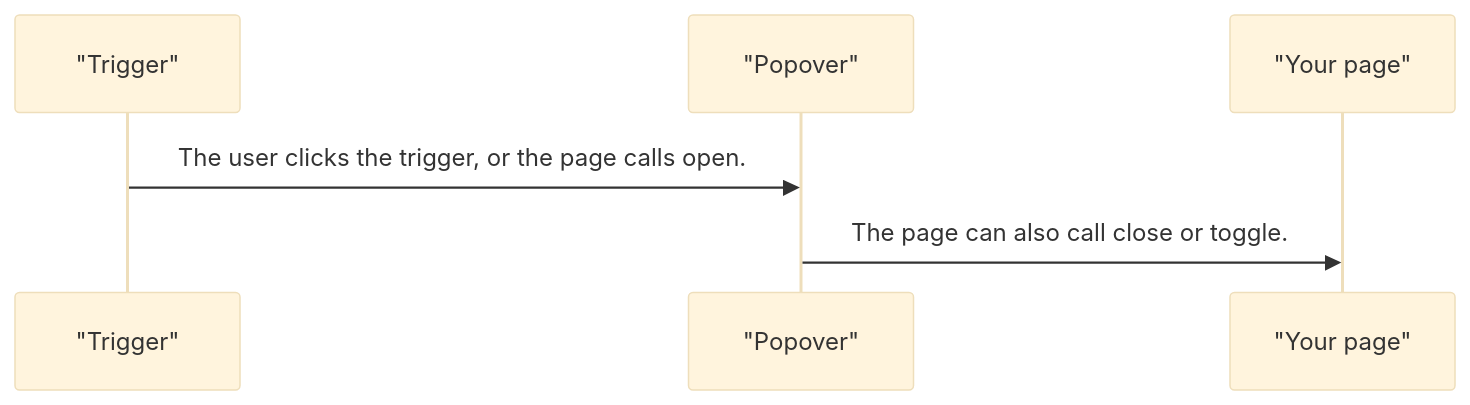
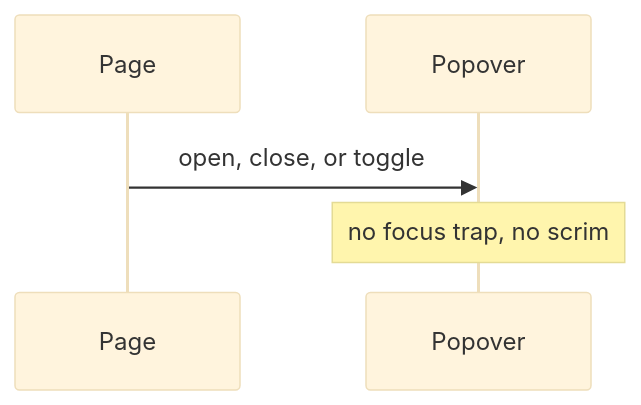
One commit to RajshekharBorate/pixel-ui changed the second of 4 diagrams in projects/pixel-ui/src/lib/pixel-popover/DESIGN.md. Above: the diagram before and after it, drawn with Mermaid (base theme). The commit also changed other lines of this file and 73 other files, not shown here.

Commit message:
Explain who owns each value and what each flow does in every component and service design.

````diff
--- a/projects/pixel-ui/src/lib/pixel-popover/DESIGN.md
+++ b/projects/pixel-ui/src/lib/pixel-popover/DESIGN.md
@@ -52,8 +66,7 @@
 ```mermaid
 sequenceDiagram
-  participant trigger as "Trigger"
-  participant panel as "Popover"
-  participant page as "Your page"
-  trigger->>panel: The user clicks the trigger, or the page calls open.
-  panel->>page: The page can also call close or toggle.
+  participant Page
+  participant Pop as Popover
+  Page->>Pop: open, close, or toggle
+  Note over Pop: no focus trap, no scrim
 ```
````
